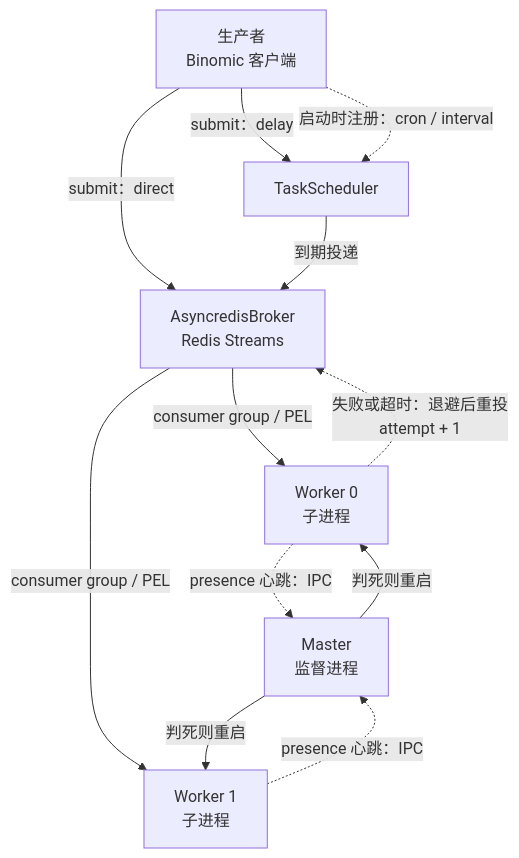
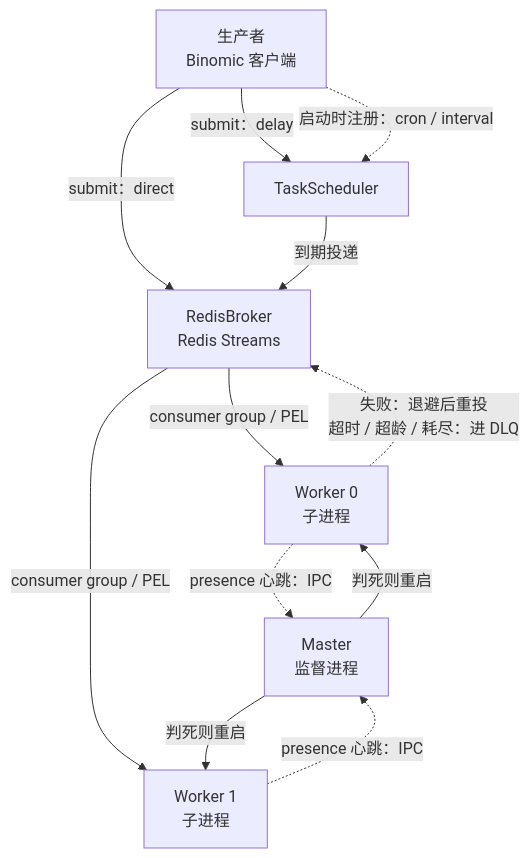
The diagram in README.md (Ahsen17/binomic), drawn with Mermaid before and after one commit. The commit also changed other lines of this file and 17 other files, not shown here.

````diff
--- a/README.md
+++ b/README.md
@@ -133,14 +132,14 @@
 ```mermaid
 flowchart TD
-    P[生产者<br>Binomic 客户端] -->|submit：direct| B[AsyncredisBroker<br>Redis Streams]
+    P[生产者<br>Binomic 客户端] -->|submit：direct| B[RedisBroker<br>Redis Streams]
     P -->|submit：delay| S[TaskScheduler]
     P -.->|启动时注册：cron / interval| S
     S -->|到期投递| B
     B -->|consumer group / PEL| W1[Worker 0<br>子进程]
     B -->|consumer group / PEL| W2[Worker 1<br>子进程]
-    W1 -.->|失败或超时：退避后重投<br>attempt + 1| B
+    W1 -.->|失败：退避后重投<br>超时 / 超龄 / 耗尽：进 DLQ| B
     M[Master<br>监督进程] -->|判死则重启| W1
     M -->|判死则重启| W2
     W1 -.->|presence 心跳：IPC| M
     W2 -.->|presence 心跳：IPC| M
 ```
````
